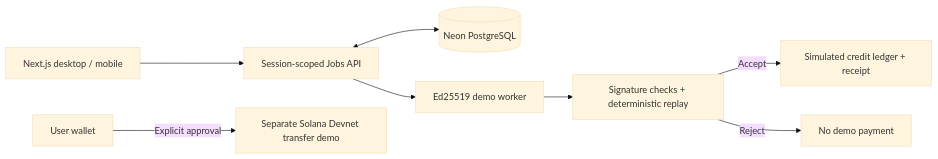
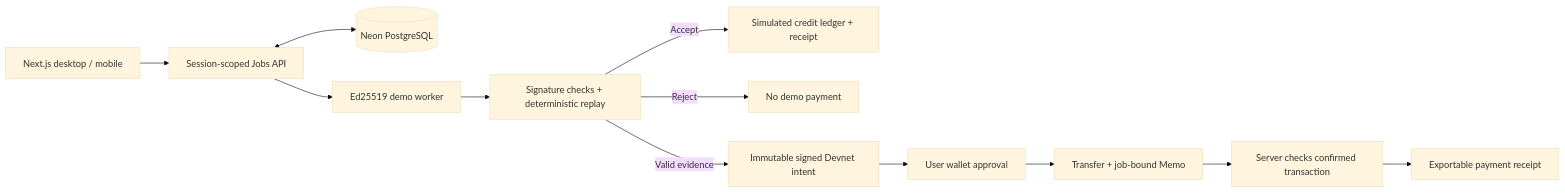
One commit to CodesbyFebin/EdgeSwarm changed the diagram in README.md. Above: the diagram before and after it, drawn with Mermaid (base theme). The commit also changed other lines of this file and 7 other files, not shown here.

Commit message:
docs: publish real verified-job Devnet transaction and final-app evidence

````diff
--- a/README.md
+++ b/README.md
@@ -52,10 +54,14 @@
 ```mermaid
 flowchart LR
   UI[Next.js desktop / mobile] --> API[Session-scoped Jobs API]
   API <--> DB[(Neon PostgreSQL)]
   API --> Worker[Ed25519 demo worker]
   Worker --> Verify[Signature checks + deterministic replay]
   Verify -->|Accept| Credits[Simulated credit ledger + receipt]
   Verify -->|Reject| Block[No demo payment]
-  Wallet[User wallet] -->|Explicit approval| Devnet[Separate Solana Devnet transfer demo]
+  Verify -->|Valid evidence| Intent[Immutable signed Devnet intent]
+  Intent --> Wallet[User wallet approval]
+  Wallet --> Devnet[Transfer + job-bound Memo]
+  Devnet --> RPC[Server checks confirmed transaction]
+  RPC --> Receipt[Exportable payment receipt]
 ```
````
